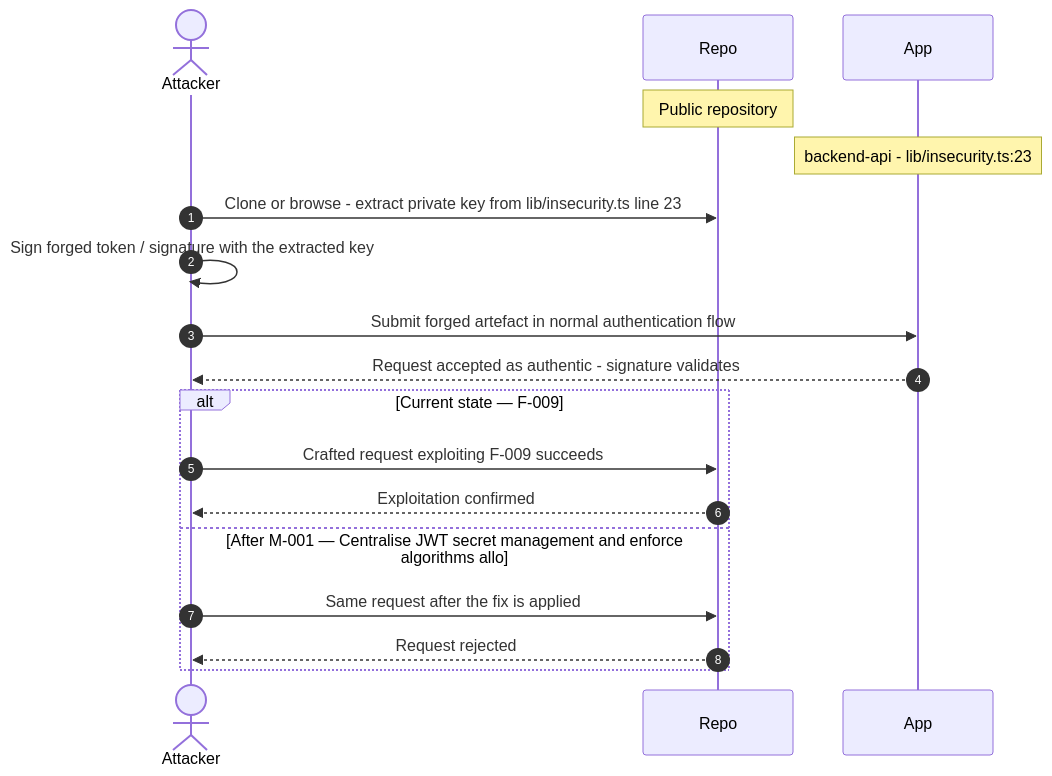
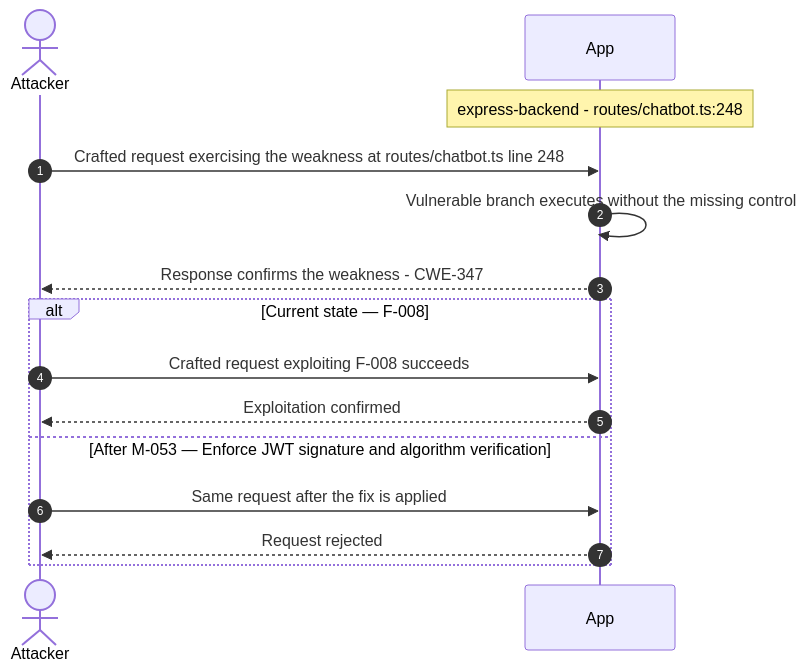
One commit to appsec-foundry/appsec-advisor changed diagram 12 of 28 in examples/threat-modeler/threat-model-juice-shop-standard.md. Above: the diagram before and after it, drawn with Mermaid. The commit also changed other lines of this file and 12 other files, not shown here.

````diff
--- a/examples/threat-modeler/threat-model-juice-shop-standard.md
+++ b/examples/threat-modeler/threat-model-juice-shop-standard.md
@@ -743,20 +701,17 @@
 ```mermaid
 sequenceDiagram
     autonumber
     actor Attacker
-    participant Repo
     participant App
-    Note over Repo: Public repository
-    Note over App: backend-api - lib/insecurity.ts:23
-    Attacker->>Repo: Clone or browse - extract private key from lib/insecurity.ts line 23
-    Attacker->>Attacker: Sign forged token / signature with the extracted key
-    Attacker->>App: Submit forged artefact in normal authentication flow
-    App-->>Attacker: Request accepted as authentic - signature validates
-    alt Current state — F-009
-        Attacker->>Repo: Crafted request exploiting F-009 succeeds
-        Repo-->>Attacker: Exploitation confirmed
-    else After M-001 — Centralise JWT secret management and enforce algorithms allo
-        Attacker->>Repo: Same request after the fix is applied
-        Repo-->>Attacker: Request rejected
+    Note over App: express-backend - routes/chatbot.ts:248
+    Attacker->>App: Crafted request exercising the weakness at routes/chatbot.ts line 248
+    App->>App: Vulnerable branch executes without the missing control
+    App-->>Attacker: Response confirms the weakness - CWE-347
+    alt Current state — F-008
+        Attacker->>App: Crafted request exploiting F-008 succeeds
+        App-->>Attacker: Exploitation confirmed
+    else After M-053 — Enforce JWT signature and algorithm verification
+        Attacker->>App: Same request after the fix is applied
+        App-->>Attacker: Request rejected
     end
 ```
````
